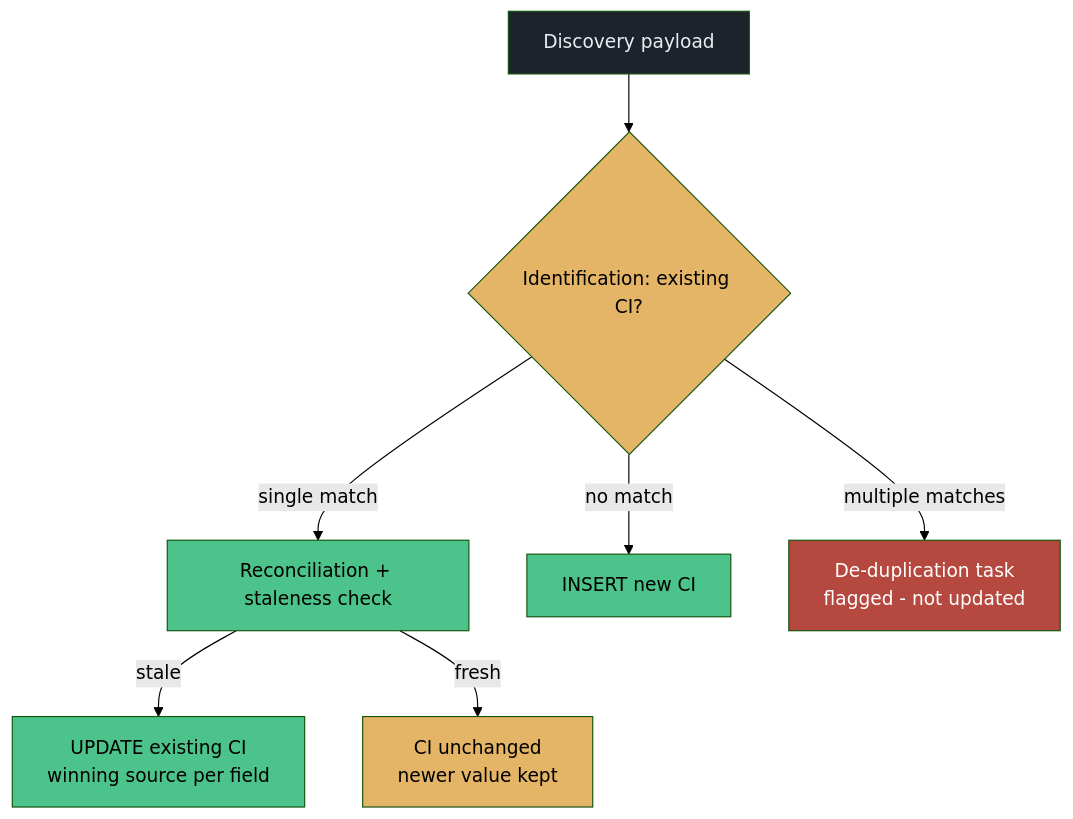
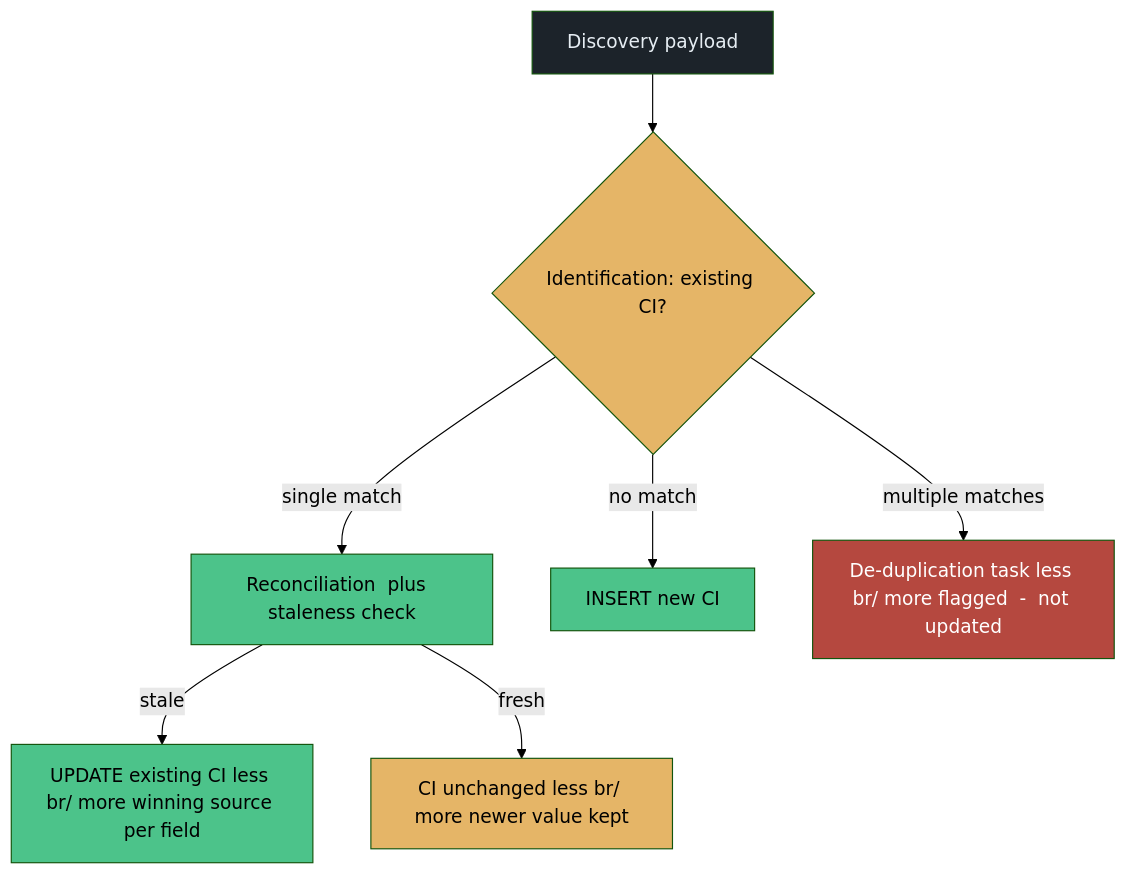
The first of 5 diagrams in docs/modules/discovery/discovery-guide.backup-2026-11-24.md (eltonaguiar/ServiceNow_Learning_TSOM-_CSM_FSM_SalesCRM_HAM_ITSM), drawn with Mermaid (forest theme) before and after one commit. The commit also changed other lines of this file and 19 other files, not shown here.

Commit message:
Fix all Mermaid diagram special characters - replace dollar, parens, slashes, quotes, pipes, nested brackets and other unsafe chars inside brackets with safe alternatives across 19 files

````diff
--- a/docs/modules/discovery/discovery-guide.backup-2026-11-24.md
+++ b/docs/modules/discovery/discovery-guide.backup-2026-11-24.md
@@ -250,18 +250,18 @@
 ```mermaid
 flowchart TD
     DISC[Discovery payload] --> ID{Identification: existing CI?}
-    ID -->|single match| REC[Reconciliation + staleness check]
+    ID -->|single match| REC[Reconciliation  plus  staleness check]
     ID -->|no match| NEW[INSERT new CI]
-    ID -->|multiple matches| DEDUP[De-duplication task<br/>flagged  -  not updated]
-    REC -->|stale| UPD[UPDATE existing CI<br/>winning source per field]
-    REC -->|fresh| SKIP[CI unchanged<br/>newer value kept]
+    ID -->|multiple matches| DEDUP[De-duplication task less br/ more flagged  -  not updated]
+    REC -->|stale| UPD[UPDATE existing CI less br/ more winning source per field]
+    REC -->|fresh| SKIP[CI unchanged less br/ more newer value kept]
 
     style DISC fill:#1c232a,color:#e6edf3
     style ID fill:#e5b567,color:#000
     style REC fill:#4cc38a,color:#000
     style NEW fill:#4cc38a,color:#000
     style DEDUP fill:#b5483f,color:#fff
     style UPD fill:#4cc38a,color:#000
     style SKIP fill:#e5b567,color:#000
 
 ```
````
